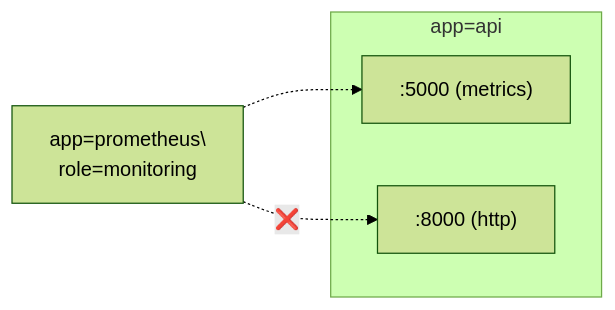
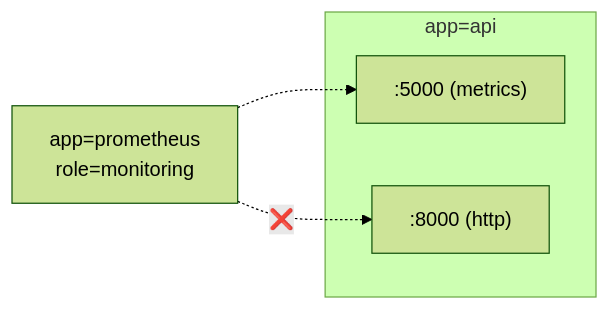
The fourth of 6 diagrams in docs/network-policies-intro.adoc (ralvares/openshift-security-framework), drawn with Mermaid (forest theme) before and after one commit. The commit also changed other lines of this file and 7 other files, not shown here.

Commit message:
Add PNG diagram for Mermaid MD5 visualization

```diff
--- a/docs/network-policies-intro.adoc
+++ b/docs/network-policies-intro.adoc
@@ -252,11 +248,11 @@
 [mermaid]
 ----
 flowchart LR
-  Prom[app=prometheus\\nrole=monitoring]
+  Prom["app=prometheus<br>role=monitoring"]
   subgraph API ["app=api"]
     Metrics[":5000 (metrics)"]
     HTTP[":8000 (http)"]
   end
   Prom -.-> Metrics
   Prom -. ❌ .-> HTTP
 ----
```
